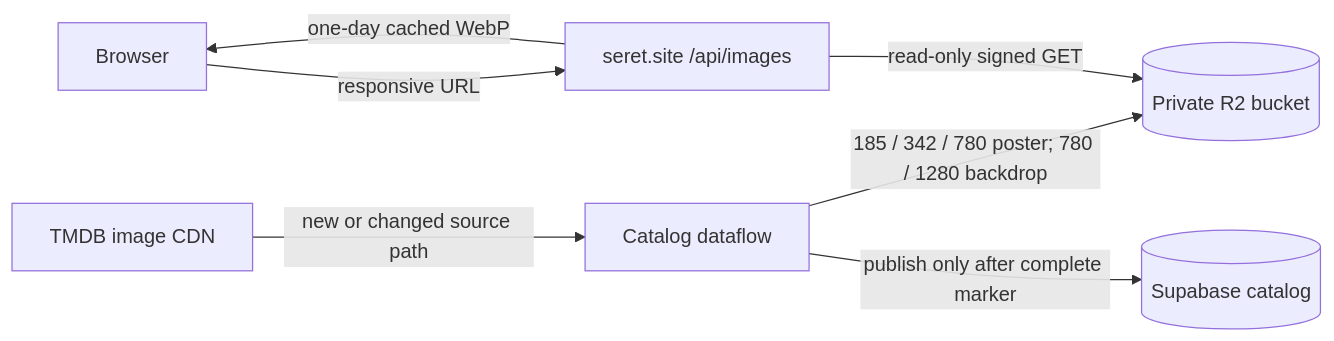
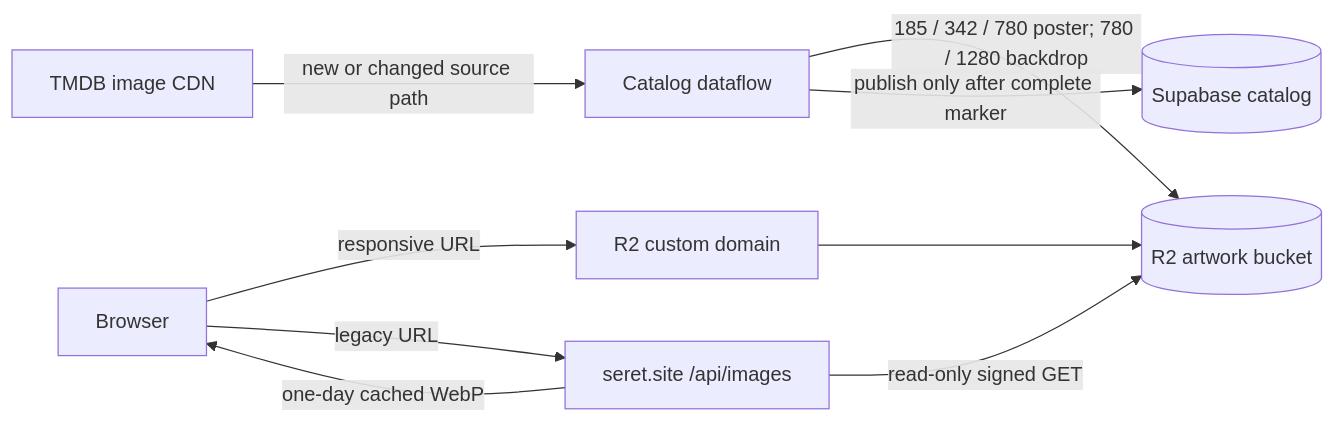
The diagram in docs/catalog-artwork-r2.md (jeremyjacob101/Kartiseret), drawn with Mermaid before and after one commit. The commit also changed other lines of this file and 8 other files, not shown here.

````diff
--- a/docs/catalog-artwork-r2.md
+++ b/docs/catalog-artwork-r2.md
@@ -7,9 +7,11 @@
 ```mermaid
 flowchart LR
   TMDB[TMDB image CDN] -->|new or changed source path| Flow[Catalog dataflow]
-  Flow -->|185 / 342 / 780 poster; 780 / 1280 backdrop| R2[(Private R2 bucket)]
+  Flow -->|185 / 342 / 780 poster; 780 / 1280 backdrop| R2[(R2 artwork bucket)]
   Flow -->|publish only after complete marker| DB[(Supabase catalog)]
-  Browser -->|responsive URL| API[seret.site /api/images]
+  Browser -->|responsive URL| CDN[R2 custom domain]
+  CDN --> R2
+  Browser -->|legacy URL| API[seret.site /api/images]
   API -->|read-only signed GET| R2
   API -->|one-day cached WebP| Browser
 ```
````
